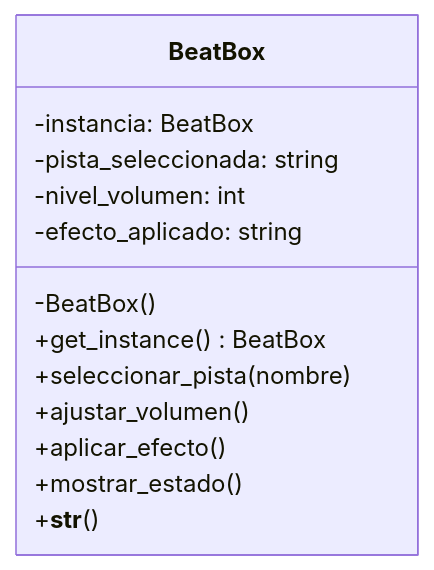
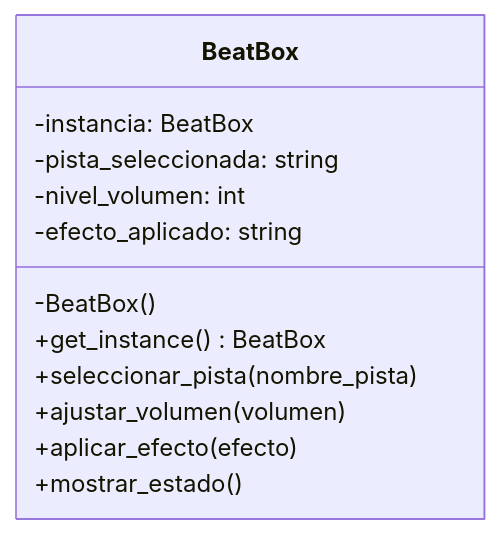
One commit to StephanieApaza/psg-oop-2025 changed the diagram in retos_sesion_09/ejercicio_02.md. Above: the diagram before and after it, drawn with Mermaid. The commit also changed other lines of this file, not shown here.

Commit message:
Análisis y el diagrama de clases para la clase BeatBox

````diff
--- a/retos_sesion_09/ejercicio_02.md
+++ b/retos_sesion_09/ejercicio_02.md
@@ -41,16 +41,15 @@
 ```mermaid
 classDiagram
     class BeatBox {
         -instancia: BeatBox
         -pista_seleccionada: string
         -nivel_volumen: int
         -efecto_aplicado: string
         -BeatBox()
         +get_instance() BeatBox
-        +seleccionar_pista(nombre)
-        +ajustar_volumen()
-        +aplicar_efecto()
+        +seleccionar_pista(nombre_pista)
+        +ajustar_volumen(volumen)
+        +aplicar_efecto(efecto)
         +mostrar_estado()
-        +__str__()
     }
 ```
````
